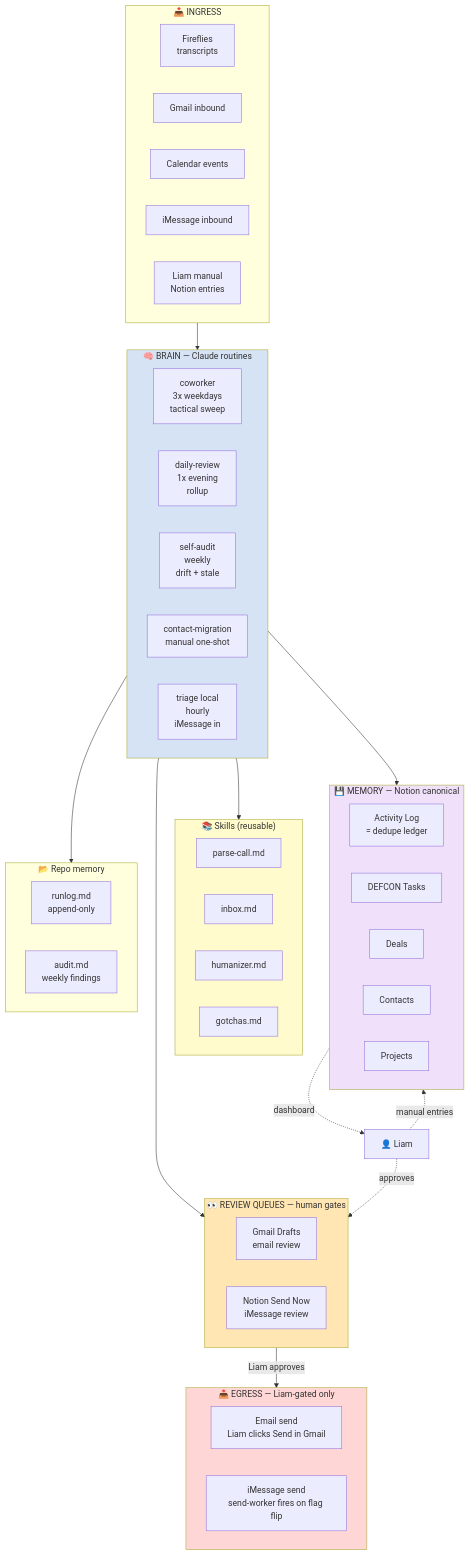
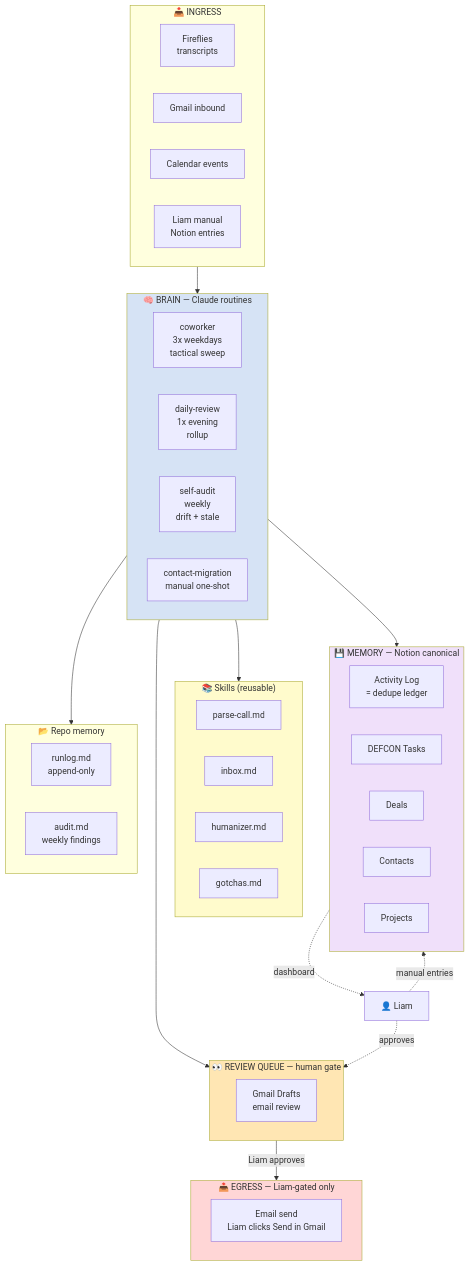
Before and after one commit to lg2k2000/Sales-Automation: the diagram in architecture.md, drawn with Mermaid. The commit also changed other lines of this file and 10 other files, not shown here.

````diff
--- a/architecture.md
+++ b/architecture.md
@@ -41,64 +38,60 @@
 ```mermaid
 flowchart TB
     subgraph Ingress["📥 INGRESS"]
         FF[Fireflies<br/>transcripts]
         GMI[Gmail inbound]
         CAL[Calendar events]
-        IMSG[iMessage inbound]
         MAN[Liam manual<br/>Notion entries]
     end
 
     subgraph Brain["🧠 BRAIN — Claude routines"]
         CW[coworker<br/>3x weekdays<br/>tactical sweep]
         DR[daily-review<br/>1x evening<br/>rollup]
         SA[self-audit<br/>weekly<br/>drift + stale]
         CM[contact-migration<br/>manual one-shot]
-        TRG[triage local<br/>hourly<br/>iMessage in]
     end
 
     subgraph Skills["📚 Skills (reusable)"]
         PC[parse-call.md]
         IN[inbox.md]
         HM[humanizer.md]
         GO[gotchas.md]
     end
 
     subgraph Memory["💾 MEMORY — Notion canonical"]
         AL[Activity Log<br/>= dedupe ledger]
         DT[DEFCON Tasks]
         DD[Deals]
         CC[Contacts]
         PJ[Projects]
     end
 
     subgraph Repo["📂 Repo memory"]
         RL[runlog.md<br/>append-only]
         AU[audit.md<br/>weekly findings]
     end
 
-    subgraph Review["👀 REVIEW QUEUES — human gates"]
+    subgraph Review["👀 REVIEW QUEUE — human gate"]
         GD[Gmail Drafts<br/>email review]
-        SN[Notion Send Now<br/>iMessage review]
     end
 
     subgraph Egress["📤 EGRESS — Liam-gated only"]
         EM[Email send<br/>Liam clicks Send in Gmail]
-        TX[iMessage send<br/>send-worker fires on flag flip]
     end
 
     Ingress --> Brain
     Brain --> Skills
     Brain --> Memory
     Brain --> Repo
     Brain --> Review
     Review -->|Liam approves| Egress
     Memory -.->|dashboard| Liam[👤 Liam]
     Liam -.->|manual entries| Memory
     Liam -.->|approves| Review
 
     style Brain fill:#d6e3f5
     style Skills fill:#fffbcc
     style Memory fill:#f0e0fa
     style Review fill:#ffe6b3
     style Egress fill:#ffd6d6
 ```
````
